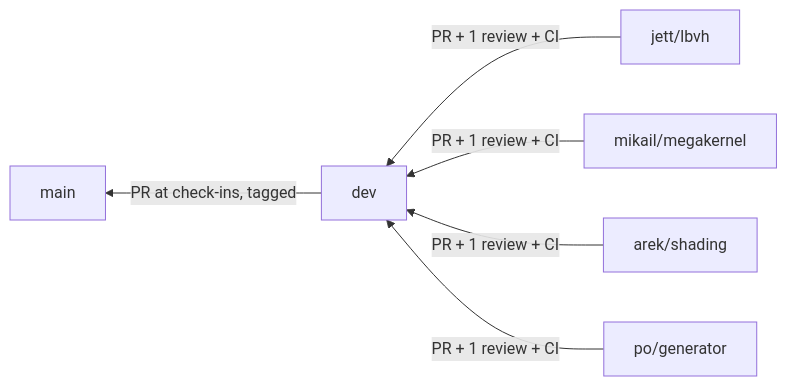
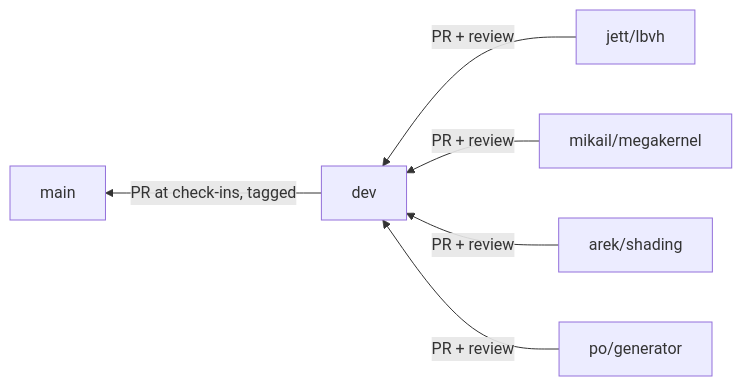
The diagram in docs/WORKFLOW.md (Mikail-Sadic-UT/Ray-Tracer), drawn with Mermaid before and after one commit. The commit also changed other lines of this file, not shown here.

````diff
--- a/docs/WORKFLOW.md
+++ b/docs/WORKFLOW.md
@@ -7,8 +7,8 @@
 ```mermaid
 flowchart RL
-  J["jett/lbvh"] -->|PR + 1 review + CI| D[dev]
-  M["mikail/megakernel"] -->|PR + 1 review + CI| D
-  A["arek/shading"] -->|PR + 1 review + CI| D
-  P["po/generator"] -->|PR + 1 review + CI| D
+  J["jett/lbvh"] -->|PR + review| D[dev]
+  M["mikail/megakernel"] -->|PR + review| D
+  A["arek/shading"] -->|PR + review| D
+  P["po/generator"] -->|PR + review| D
   D -->|PR at check-ins, tagged| MAIN[main]
 ```
````
